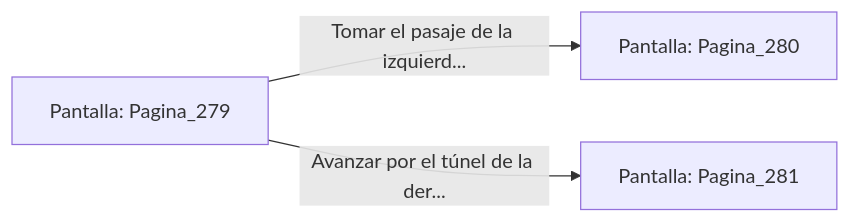
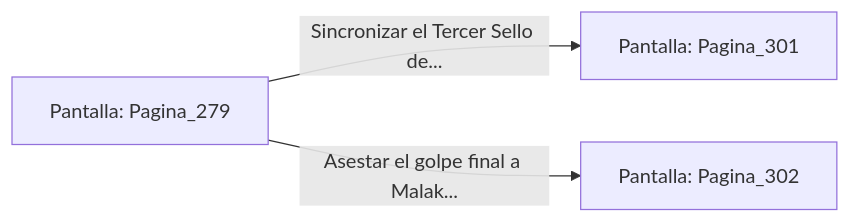
One commit to metsuke/mpl changed the diagram in sample/eligejuego-vault/Pantalla_Pagina_279.md. Above: the diagram before and after it, drawn with Mermaid. The commit also changed other lines of this file and 635 other files, not shown here.

First line of the commit message:
fix: añadir Pagina_1 como pantalla inicial en capitulo_01.mpl

````diff
--- a/sample/eligejuego-vault/Pantalla_Pagina_279.md
+++ b/sample/eligejuego-vault/Pantalla_Pagina_279.md
@@ -20,6 +24,6 @@
 ```mermaid
 graph LR
     P_Pagina_279["Pantalla: Pagina_279"]
-    P_Pagina_279 -->|"Tomar el pasaje de la izquierd..."| P_Pagina_280["Pantalla: Pagina_280"]
-    P_Pagina_279 -->|"Avanzar por el túnel de la der..."| P_Pagina_281["Pantalla: Pagina_281"]
+    P_Pagina_279 -->|"Sincronizar el Tercer Sello de..."| P_Pagina_301["Pantalla: Pagina_301"]
+    P_Pagina_279 -->|"Asestar el golpe final a Malak..."| P_Pagina_302["Pantalla: Pagina_302"]
 ```
````
